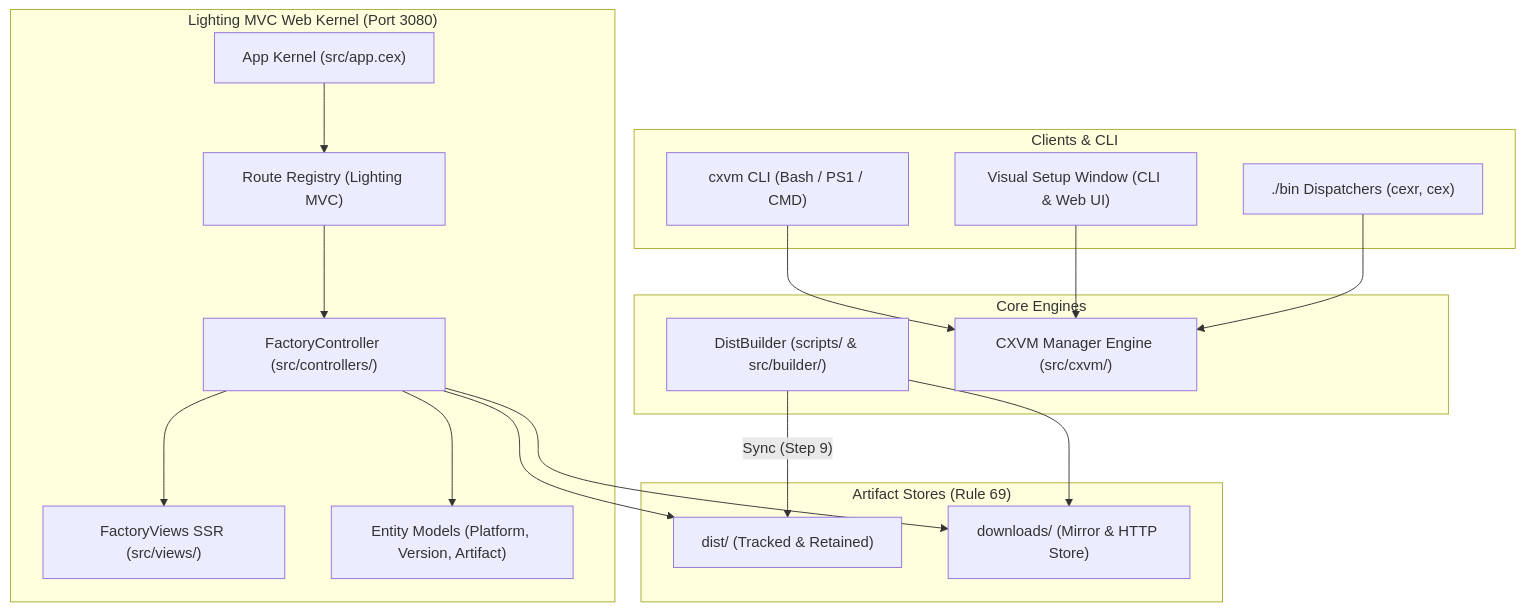
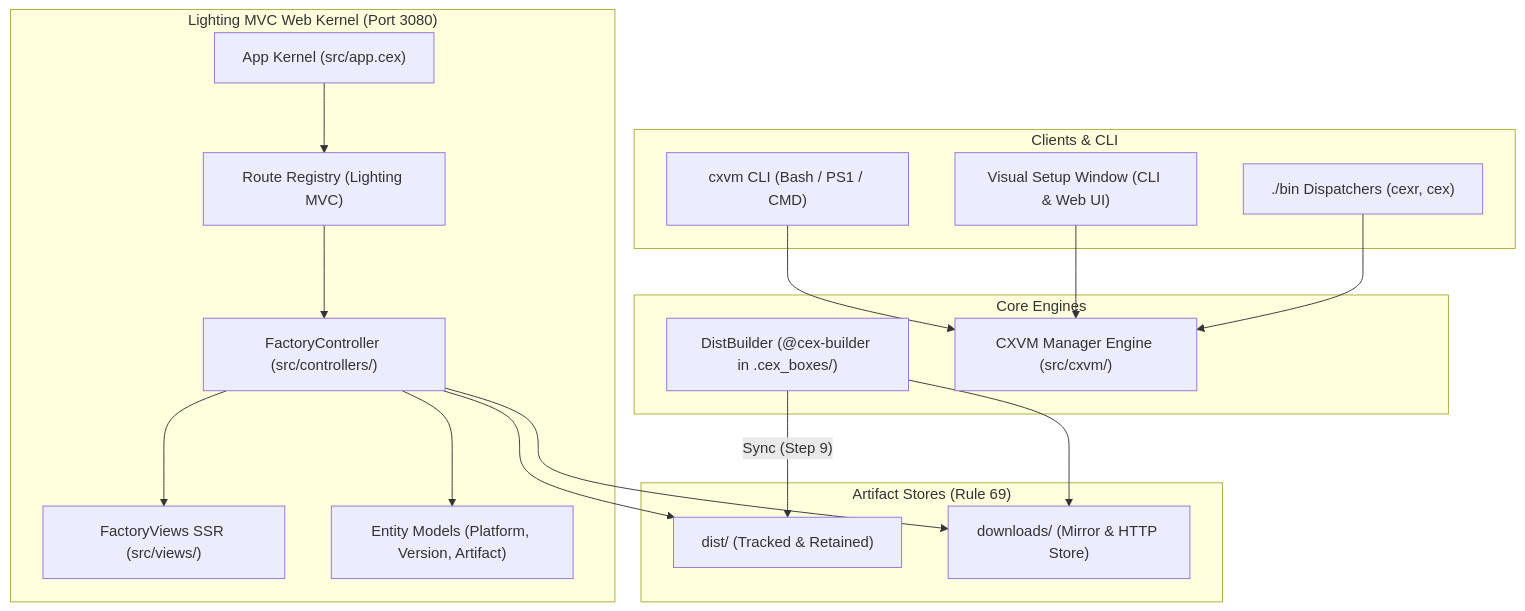
Before and after one commit to 2-tek/cxvm: the diagram in .agents/standards/ARCHITECTURE.md, drawn with Mermaid. The commit also changed 11 other files, not shown here.

Commit message:
feat(builder): move builder and build integrate to call from .cex_boxes installed via cex-pack.json (v2.1.42)

````diff
--- a/.agents/standards/ARCHITECTURE.md
+++ b/.agents/standards/ARCHITECTURE.md
@@ -10,38 +10,38 @@
 ```mermaid
 flowchart TD
     subgraph "Clients & CLI"
         CLI["cxvm CLI (Bash / PS1 / CMD)"]
         SetupWindow["Visual Setup Window (CLI & Web UI)"]
         Dispatchers["./bin Dispatchers (cexr, cex)"]
     end
 
     subgraph "Lighting MVC Web Kernel (Port 3080)"
         Kernel["App Kernel (src/app.cex)"]
         Router["Route Registry (Lighting MVC)"]
         Controller["FactoryController (src/controllers/)"]
         Views["FactoryViews SSR (src/views/)"]
         Models["Entity Models (Platform, Version, Artifact)"]
     end
 
     subgraph "Core Engines"
-        DistBuilder["DistBuilder (scripts/ & src/builder/)"]
+        DistBuilder["DistBuilder (@cex-builder in .cex_boxes/)"]
         CxvmEngine["CXVM Manager Engine (src/cxvm/)"]
     end
 
     subgraph "Artifact Stores (Rule 69)"
         DistStore["dist/ (Tracked & Retained)"]
         DownloadStore["downloads/ (Mirror & HTTP Store)"]
     end
 
     CLI --> CxvmEngine
     SetupWindow --> CxvmEngine
     Dispatchers --> CxvmEngine
     Kernel --> Router
     Router --> Controller
     Controller --> Views
     Controller --> Models
     Controller --> DistStore
     Controller --> DownloadStore
     DistBuilder --> DownloadStore
     DistBuilder -->|"Sync (Step 9)"| DistStore
 ```
````
